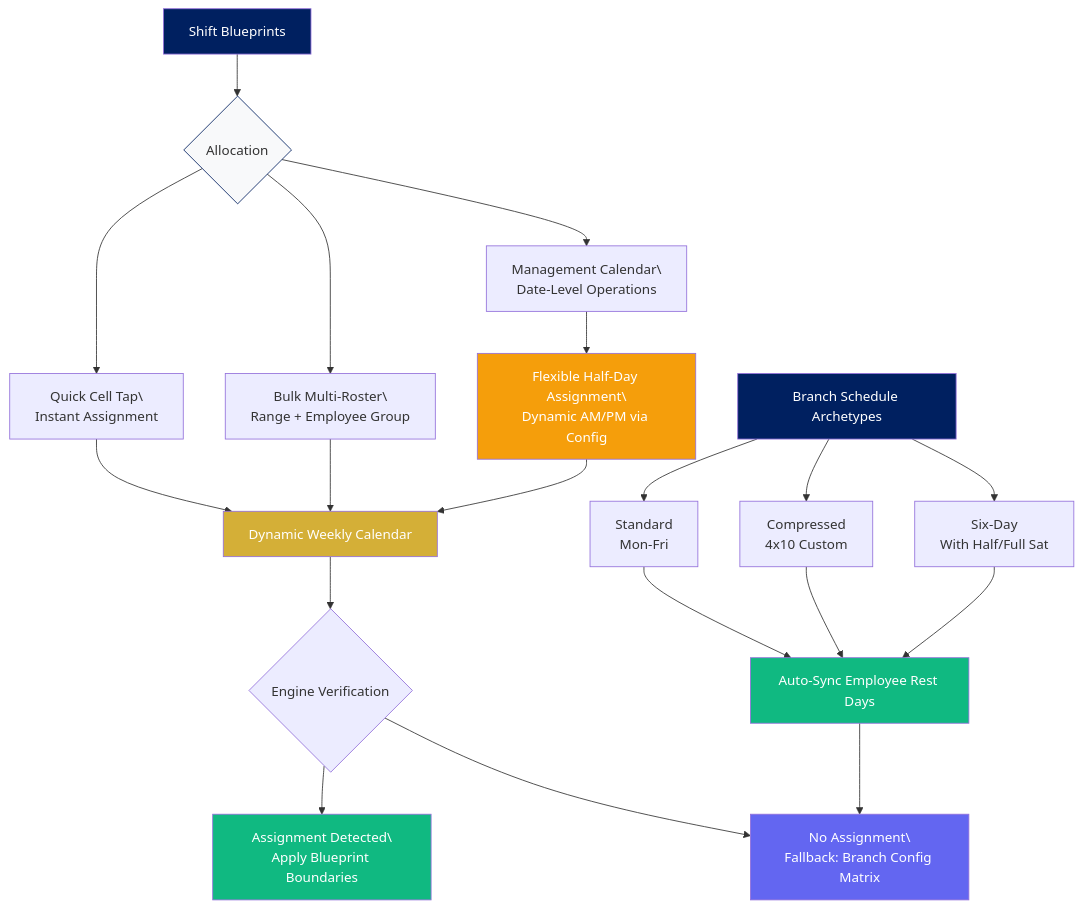
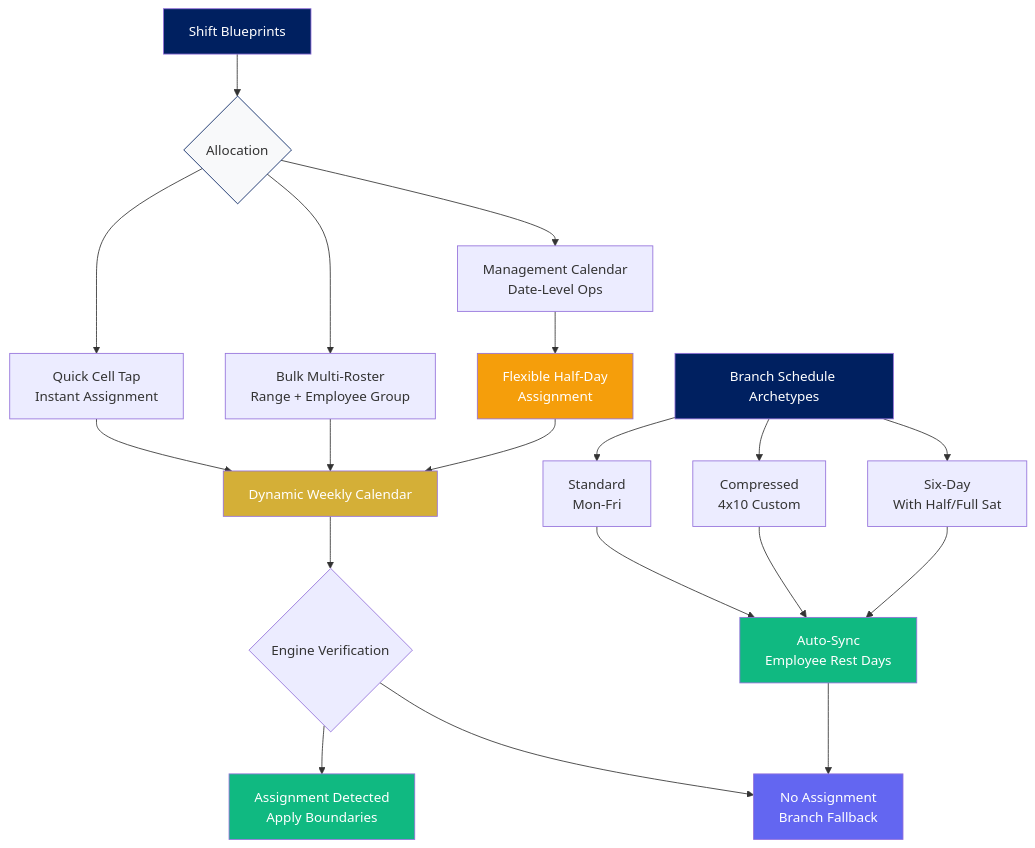
Before and after one commit to binssente-crypto/PAYROLL-DOCUMENTATION: the eighth of 16 diagrams in README.md, drawn with Mermaid. The commit also changed other lines of this file, not shown here.

````diff
--- a/README.md
+++ b/README.md
@@ -261,35 +261,35 @@
 ```mermaid
 flowchart TD
     ARCH[Branch Schedule Archetypes] --> STD[Standard\nMon-Fri]
     ARCH --> COMP[Compressed\n4x10 Custom]
-    ARCH --> SIX[Six-Day\nWith Half/Full Sat]
+    ARCH --> SIX["Six-Day<br/>With Half/Full Sat"]
     
-    STD --> SYNC[Auto-Sync Employee Rest Days]
+    STD --> SYNC["Auto-Sync<br/>Employee Rest Days"]
     COMP --> SYNC
     SIX --> SYNC
     
     SHIFT[Shift Blueprints] --> ASSIGN{Allocation}
-    ASSIGN --> SINGLE[Quick Cell Tap\\nInstant Assignment]
-    ASSIGN --> BULK[Bulk Multi-Roster\\nRange + Employee Group]
-    ASSIGN --> MGMT[Management Calendar\\nDate-Level Operations]
+    ASSIGN --> SINGLE["Quick Cell Tap<br/>Instant Assignment"]
+    ASSIGN --> BULK["Bulk Multi-Roster<br/>Range + Employee Group"]
+    ASSIGN --> MGMT["Management Calendar<br/>Date-Level Ops"]
     
     SINGLE --> ROSTER[Dynamic Weekly Calendar]
     BULK --> ROSTER
-    MGMT --> HALF[Flexible Half-Day Assignment\\nDynamic AM/PM via Config]
+    MGMT --> HALF["Flexible Half-Day<br/>Assignment"]
     HALF --> ROSTER
     
     ROSTER --> ATT{Engine Verification}
-    ATT --> HAS[Assignment Detected\\nApply Blueprint Boundaries]
-    ATT --> NO[No Assignment\\nFallback: Branch Config Matrix]
+    ATT --> HAS["Assignment Detected<br/>Apply Boundaries"]
+    ATT --> NO["No Assignment<br/>Branch Fallback"]
     
     SYNC --> NO
 
     style ARCH fill:#002060,color:#fff
     style SHIFT fill:#002060,color:#fff
     style ROSTER fill:#D4AF37,color:#fff
     style HALF fill:#f59e0b,color:#fff
     style HAS fill:#10b981,color:#fff
     style NO fill:#6366f1,color:#fff
     style SYNC fill:#10b981,color:#fff
     style ASSIGN fill:#f8f9fa,stroke:#002060
 ```
````
